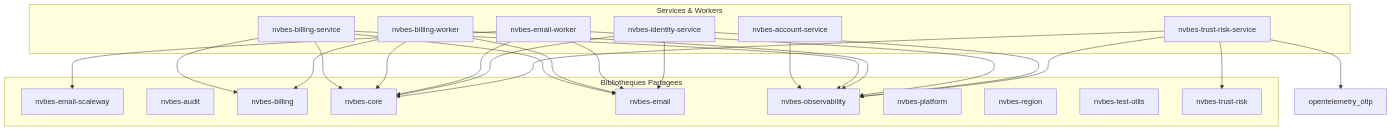
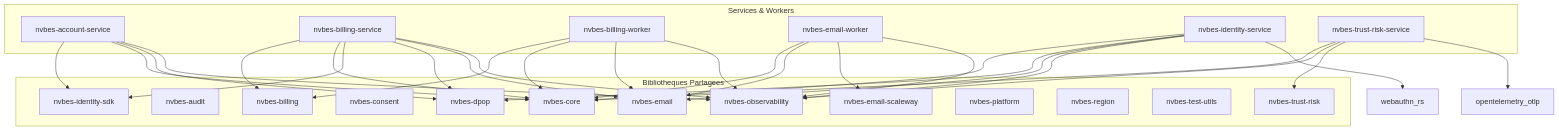
One commit to nvbes-org/nvbes changed the diagram in docs/generated/catalogs/architecture-matrix.md. Above: the diagram before and after it, drawn with Mermaid. The commit also changed 30 other files, not shown here.

First line of the commit message:
feat(consent): introduce nvbes-consent crate and architecture blueprint

````diff
--- a/docs/generated/catalogs/architecture-matrix.md
+++ b/docs/generated/catalogs/architecture-matrix.md
@@ -10,45 +10,55 @@
 ```mermaid
 flowchart TD
     subgraph Applications ["Services & Workers"]
         nvbes_account_service["nvbes-account-service"]
         nvbes_billing_service["nvbes-billing-service"]
         nvbes_billing_worker["nvbes-billing-worker"]
         nvbes_email_worker["nvbes-email-worker"]
         nvbes_identity_service["nvbes-identity-service"]
         nvbes_trust_risk_service["nvbes-trust-risk-service"]
     end
 
     subgraph Libraries ["Bibliotheques Partagees"]
         nvbes_email_scaleway["nvbes-email-scaleway"]
         nvbes_audit["nvbes-audit"]
         nvbes_billing["nvbes-billing"]
+        nvbes_consent["nvbes-consent"]
         nvbes_core["nvbes-core"]
+        nvbes_dpop["nvbes-dpop"]
         nvbes_email["nvbes-email"]
+        nvbes_identity_sdk["nvbes-identity-sdk"]
         nvbes_observability["nvbes-observability"]
         nvbes_platform["nvbes-platform"]
         nvbes_region["nvbes-region"]
         nvbes_test_utils["nvbes-test-utils"]
         nvbes_trust_risk["nvbes-trust-risk"]
     end
 
+    nvbes_account_service --> nvbes_identity_sdk
+    nvbes_account_service --> nvbes_core
+    nvbes_account_service --> nvbes_dpop
     nvbes_account_service --> nvbes_observability
     nvbes_billing_service --> nvbes_billing
     nvbes_billing_service --> nvbes_core
+    nvbes_billing_service --> nvbes_identity_sdk
+    nvbes_billing_service --> nvbes_dpop
     nvbes_billing_service --> nvbes_email
     nvbes_billing_service --> nvbes_observability
     nvbes_billing_worker --> nvbes_billing
     nvbes_billing_worker --> nvbes_core
     nvbes_billing_worker --> nvbes_email
     nvbes_billing_worker --> nvbes_observability
     nvbes_email_worker --> nvbes_core
     nvbes_email_worker --> nvbes_email
     nvbes_email_worker --> nvbes_email_scaleway
     nvbes_email_worker --> nvbes_observability
     nvbes_identity_service --> nvbes_core
+    nvbes_identity_service --> nvbes_dpop
     nvbes_identity_service --> nvbes_email
     nvbes_identity_service --> nvbes_observability
+    nvbes_identity_service --> webauthn_rs
     nvbes_trust_risk_service --> nvbes_core
     nvbes_trust_risk_service --> nvbes_observability
     nvbes_trust_risk_service --> nvbes_trust_risk
     nvbes_trust_risk_service --> opentelemetry_otlp
 ```
````
